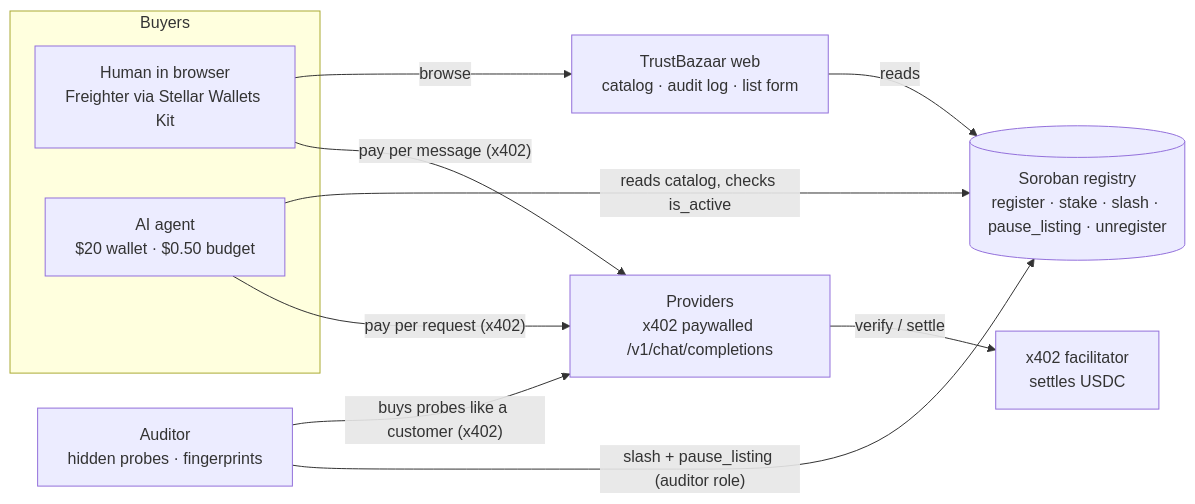
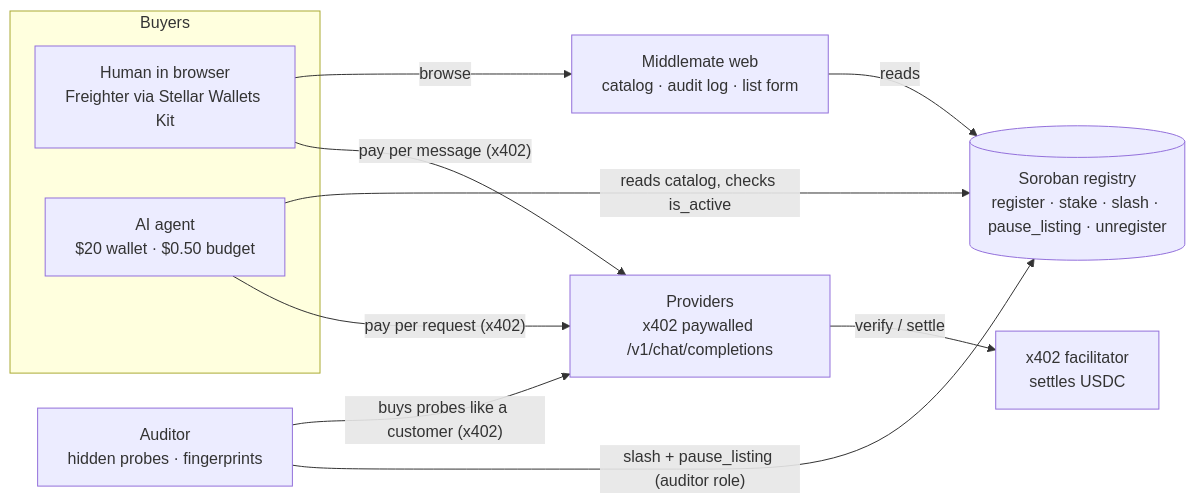
Before and after one commit to curtismoncoq/Middlemate: the diagram in README.md, drawn with Mermaid. The commit also changed other lines of this file and 32 other files, not shown here.

````diff
--- a/README.md
+++ b/README.md
@@ -13,20 +13,20 @@
 ```mermaid
 flowchart LR
   subgraph Buyers
     H[Human in browser<br/>Freighter via Stellar Wallets Kit]
     A[AI agent<br/>$20 wallet · $0.50 budget]
   end
-  W[TrustBazaar web<br/>catalog · audit log · list form]
+  W[Middlemate web<br/>catalog · audit log · list form]
   R[(Soroban registry<br/>register · stake · slash · pause_listing · unregister)]
   P[Providers<br/>x402 paywalled /v1/chat/completions]
   AU[Auditor<br/>hidden probes · fingerprints]
   F[x402 facilitator<br/>settles USDC]
   H -- browse --> W
   W -- reads --> R
   H -- pay per message (x402) --> P
   A -- reads catalog, checks is_active --> R
   A -- pay per request (x402) --> P
   AU -- buys probes like a customer (x402) --> P
   AU -- slash + pause_listing (auditor role) --> R
   P -- verify / settle --> F
 ```
````
